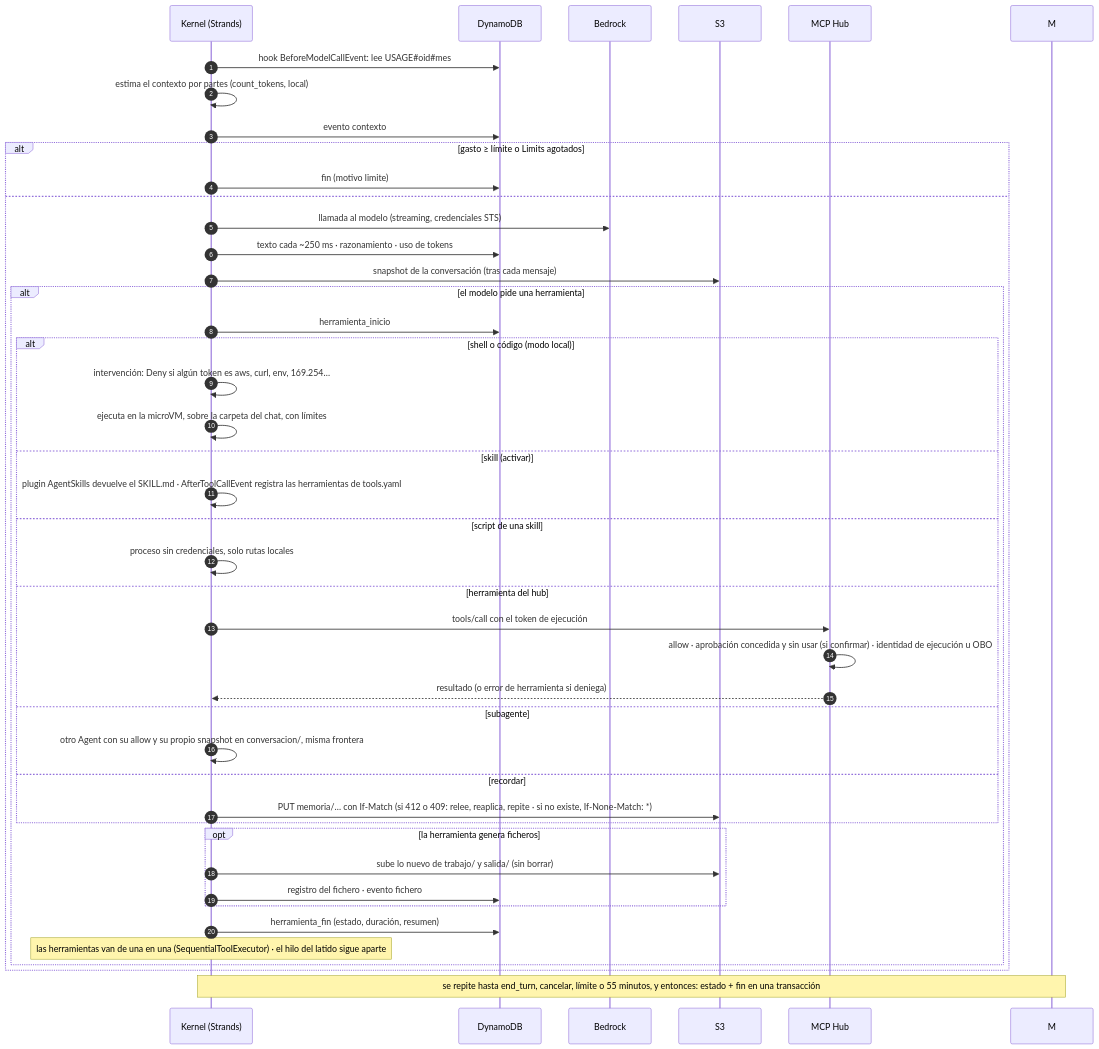
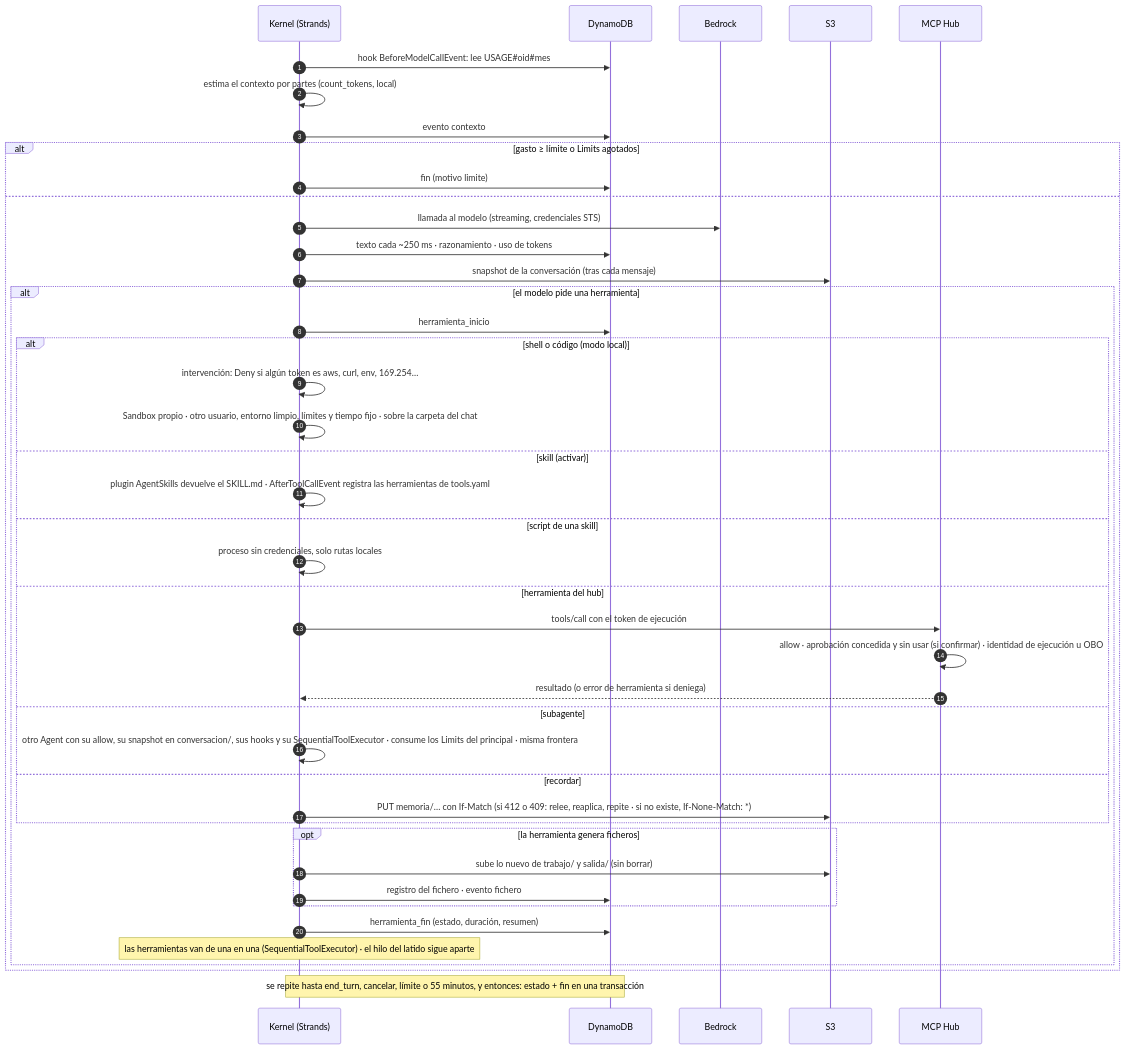
One commit to ikermendi/sample-agent-platform-with-agentcore changed the third of 9 diagrams in docs/arquitectura-agentes.md. Above: the diagram before and after it, drawn with Mermaid. The commit also changed other lines of this file, not shown here.

First line of the commit message:
docs: revisión completa con los hechos verificados (66 correcciones)

````diff
--- a/docs/arquitectura-agentes.md
+++ b/docs/arquitectura-agentes.md
@@ -414,46 +415,46 @@
 ```mermaid
 sequenceDiagram
   autonumber
   participant K as Kernel (Strands)
   participant D as DynamoDB
   participant B as Bedrock
   participant S3 as S3
   participant H as MCP Hub
 
   K->>D: hook BeforeModelCallEvent: lee USAGE#35;oid#35;mes
   K->>K: estima el contexto por partes (count_tokens, local)
   K->>D: evento contexto
   alt gasto ≥ límite o Limits agotados
     K->>D: fin (motivo limite)
   else
     K->>B: llamada al modelo (streaming, credenciales STS)
     K->>D: texto cada ~250 ms · razonamiento · uso de tokens
     K->>S3: snapshot de la conversación (tras cada mensaje)
     alt el modelo pide una herramienta
       K->>D: herramienta_inicio
       alt shell o código (modo local)
         K->>K: intervención: Deny si algún token es aws, curl, env, 169.254…
-        K->>K: ejecuta en la microVM, sobre la carpeta del chat, con límites
+        K->>K: Sandbox propio · otro usuario, entorno limpio, límites y tiempo fijo · sobre la carpeta del chat
       else skill (activar)
         K->>K: plugin AgentSkills devuelve el SKILL.md · AfterToolCallEvent registra las herramientas de tools.yaml
       else script de una skill
         K->>K: proceso sin credenciales, solo rutas locales
       else herramienta del hub
         K->>H: tools/call con el token de ejecución
         H->>H: allow · aprobación concedida y sin usar (si confirmar) · identidad de ejecución u OBO
         H-->>K: resultado (o error de herramienta si deniega)
       else subagente
-        K->>K: otro Agent con su allow y su propio snapshot en conversacion/, misma frontera
+        K->>K: otro Agent con su allow, su snapshot en conversacion/, sus hooks y su SequentialToolExecutor · consume los Limits del principal · misma frontera
       else recordar
         K->>S3: PUT memoria/… con If-Match (si 412 o 409: relee, reaplica, repite · si no existe, If-None-Match: *)
       end
       opt la herramienta genera ficheros
         K->>S3: sube lo nuevo de trabajo/ y salida/ (sin borrar)
         K->>D: registro del fichero · evento fichero
       end
       K->>D: herramienta_fin (estado, duración, resumen)
       Note over K: las herramientas van de una en una (SequentialToolExecutor) · el hilo del latido sigue aparte
     end
   end
-  Note over K,M: se repite hasta end_turn, cancelar, límite o 55 minutos, y entonces: estado + fin en una transacción
+  Note over K,D: se repite hasta end_turn, cancelar, límite o 55 minutos, y entonces: estado + fin en una transacción
 ```
````
